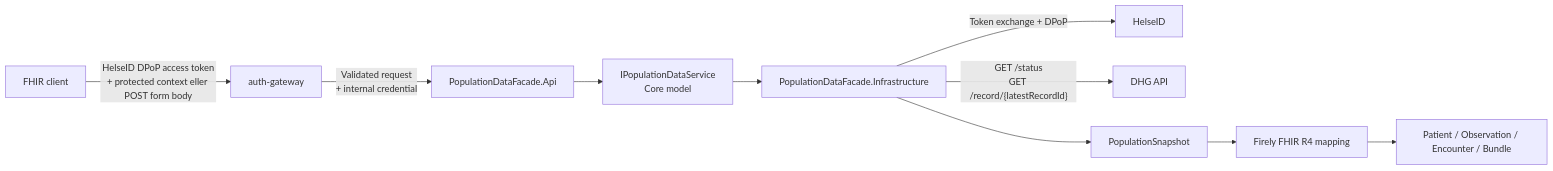
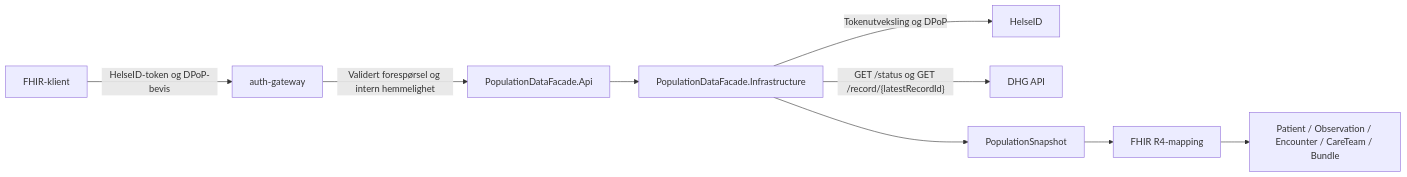
Before and after one commit to helgaarm/FhirGravidAPI: the diagram in docs/architecture.md, drawn with Mermaid. The commit also changed other lines of this file and 17 other files, not shown here.

````diff
--- a/docs/architecture.md
+++ b/docs/architecture.md
@@ -5,23 +5,21 @@
 ```mermaid
 flowchart LR
-    Client["FHIR client"]
+    Client["FHIR-klient"]
     Gateway["auth-gateway"]
     Api["PopulationDataFacade.Api"]
-    Core["IPopulationDataService<br/>Core model"]
     Infrastructure["PopulationDataFacade.Infrastructure"]
     HelseID["HelseID"]
     DHG["DHG API"]
     Snapshot["PopulationSnapshot"]
-    Mapper["Firely FHIR R4 mapping"]
-    Resources["Patient / Observation / Encounter / Bundle"]
+    Mapper["FHIR R4-mapping"]
+    Resources["Patient / Observation / Encounter / CareTeam / Bundle"]
 
-    Client -->|"HelseID DPoP access token<br/>+ protected context eller POST form body"| Gateway
-    Gateway -->|"Validated request<br/>+ internal credential"| Api
-    Api --> Core
-    Core --> Infrastructure
-    Infrastructure -->|"Token exchange + DPoP"| HelseID
-    Infrastructure -->|"GET /status<br/>GET /record/{latestRecordId}"| DHG
+    Client -->|"HelseID-token og DPoP-bevis"| Gateway
+    Gateway -->|"Validert forespørsel og intern hemmelighet"| Api
+    Api --> Infrastructure
+    Infrastructure -->|"Tokenutveksling og DPoP"| HelseID
+    Infrastructure -->|"GET /status og GET /record/{latestRecordId}"| DHG
     Infrastructure --> Snapshot
     Snapshot --> Mapper
     Mapper --> Resources
 ```
````
